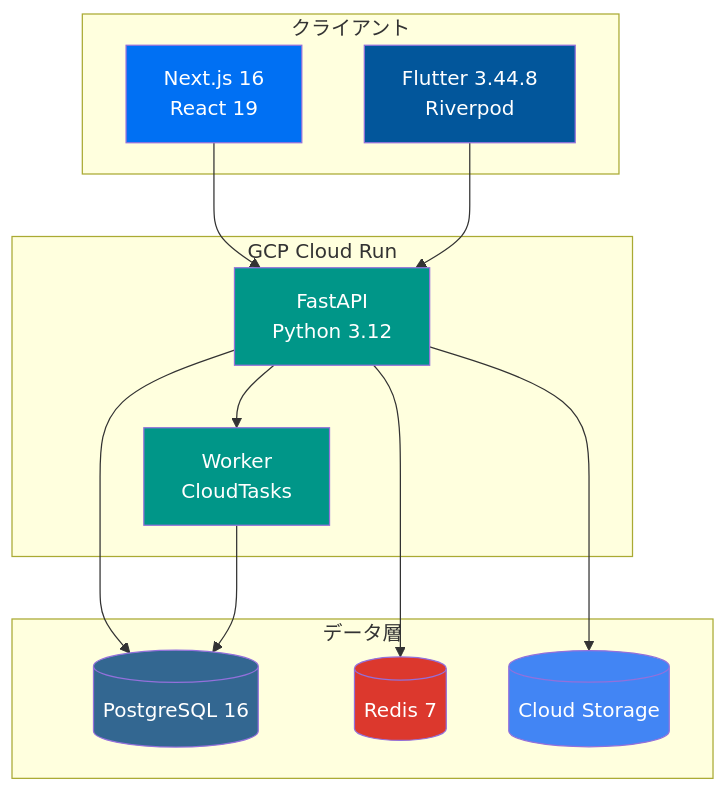
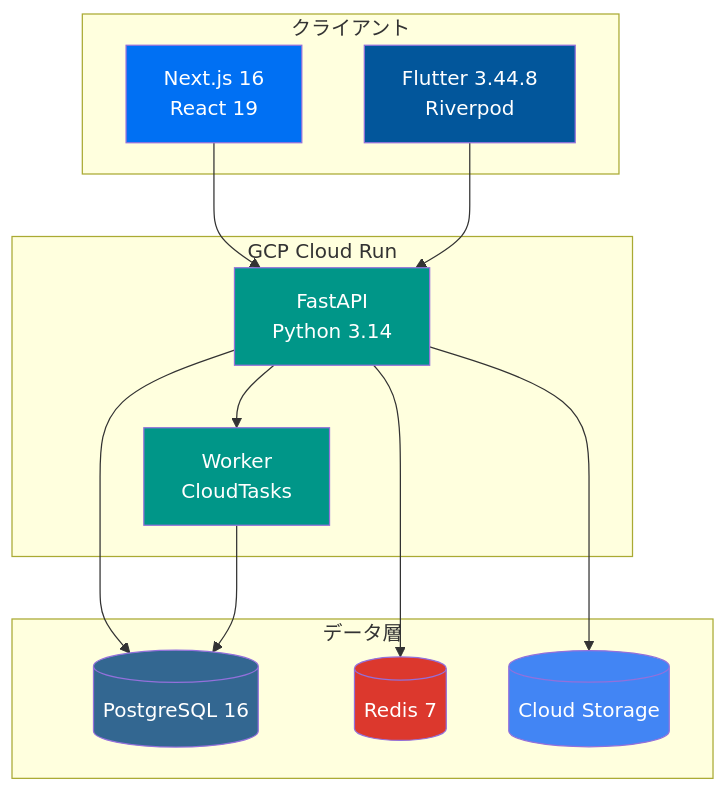
Before and after one commit to first-fluke/fullstack-starter: the first of 2 diagrams in docs/README.jp.md, drawn with Mermaid. The commit also changed other lines of this file and 24 other files, not shown here.

````diff
--- a/docs/README.jp.md
+++ b/docs/README.jp.md
@@ -16,34 +16,34 @@
 ```mermaid
 graph TB
     subgraph Client["クライアント"]
         Web[Next.js 16<br/>React 19]
         Mobile[Flutter 3.44.8<br/>Riverpod]
     end
 
     subgraph GCP["GCP Cloud Run"]
-        API[FastAPI<br/>Python 3.12]
+        API[FastAPI<br/>Python 3.14]
         Worker[Worker<br/>CloudTasks]
     end
 
     subgraph Data["データ層"]
         DB[(PostgreSQL 16)]
         Cache[(Redis 7)]
         Storage[(Cloud Storage)]
     end
 
     Web --> API
     Mobile --> API
     API --> DB
     API --> Cache
     API --> Worker
     Worker --> DB
     API --> Storage
 
     style Web fill:#0070f3,color:#fff
     style Mobile fill:#02569B,color:#fff
     style API fill:#009688,color:#fff
     style Worker fill:#009688,color:#fff
     style DB fill:#336791,color:#fff
     style Cache fill:#DC382D,color:#fff
     style Storage fill:#4285F4,color:#fff
 ```
````
